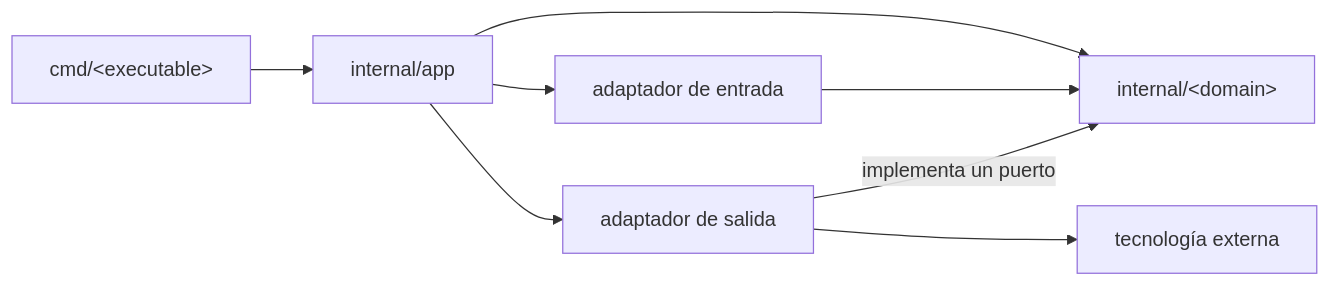
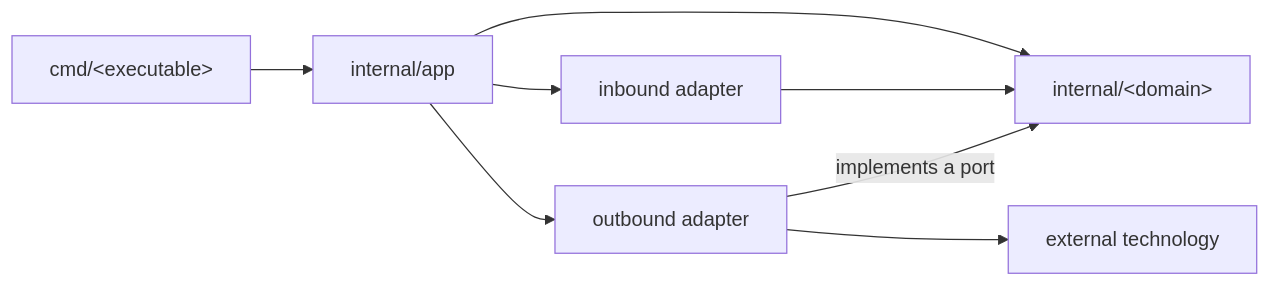
The diagram in docs/architecture.md (jorgeluis594/happy-memory), drawn with Mermaid before and after one commit. The commit also changed other lines of this file, not shown here.

Commit message:
docs: translate architecture guidelines to English

````diff
--- a/docs/architecture.md
+++ b/docs/architecture.md
@@ -47,10 +47,10 @@
 ```mermaid
 flowchart LR
     CMD["cmd/&lt;executable&gt;"] --> APP["internal/app"]
-    APP --> IN["adaptador de entrada"]
-    APP --> OUT["adaptador de salida"]
+    APP --> IN["inbound adapter"]
+    APP --> OUT["outbound adapter"]
     APP --> DOMAIN["internal/&lt;domain&gt;"]
     IN --> DOMAIN
-    OUT -->|implementa un puerto| DOMAIN
-    OUT --> EXTERNAL["tecnología externa"]
+    OUT -->|implements a port| DOMAIN
+    OUT --> EXTERNAL["external technology"]
 ```
````
